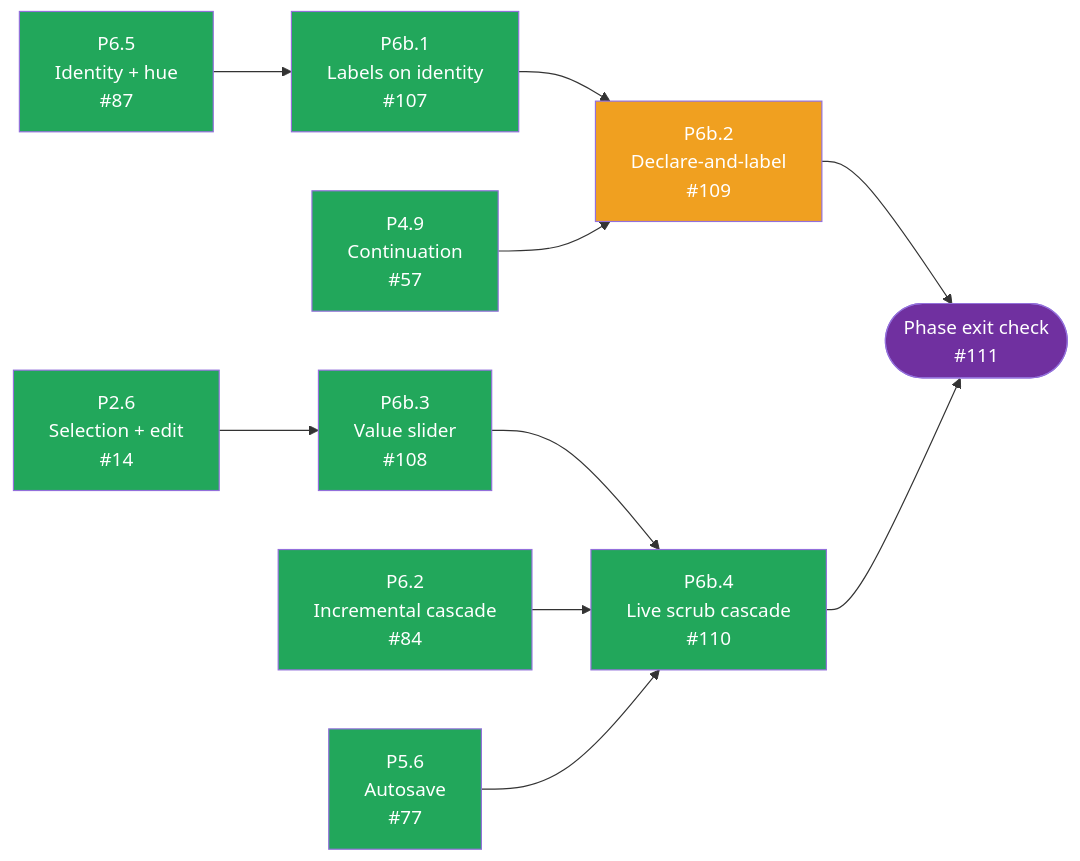
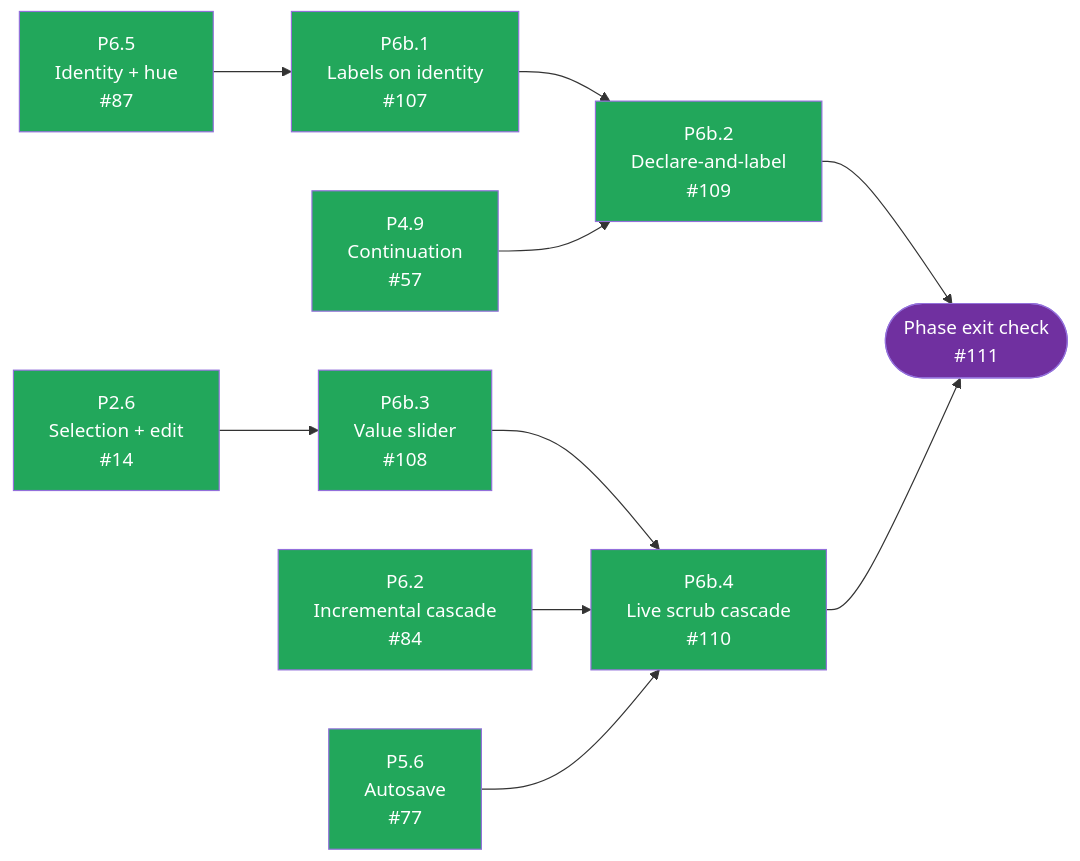
One commit to tousifosman/CalcMind changed the sixth of 6 diagrams in docs/DEVELOPMENT_PLAN.md. Above: the diagram before and after it, drawn with Mermaid. The commit also changed other lines of this file and 7 other files, not shown here.

````diff
--- a/docs/DEVELOPMENT_PLAN.md
+++ b/docs/DEVELOPMENT_PLAN.md
@@ -1176,35 +1176,35 @@
 ```mermaid
 flowchart LR
     P65["P6.5<br/>Identity + hue<br/>#87"]
     P49["P4.9<br/>Continuation<br/>#57"]
     P26["P2.6<br/>Selection + edit<br/>#14"]
     P62["P6.2<br/>Incremental cascade<br/>#84"]
     P56["P5.6<br/>Autosave<br/>#77"]
     P6b1["P6b.1<br/>Labels on identity<br/>#107"]
     P6b2["P6b.2<br/>Declare-and-label<br/>#109"]
     P6b3["P6b.3<br/>Value slider<br/>#108"]
     P6b4["P6b.4<br/>Live scrub cascade<br/>#110"]
     EXIT(["Phase exit check<br/>#111"])
 
     P65 --> P6b1
     P6b1 --> P6b2
     P49 --> P6b2
     P26 --> P6b3
     P6b3 --> P6b4
     P62 --> P6b4
     P56 --> P6b4
 
     P6b2 --> EXIT
     P6b4 --> EXIT
 
     style P65 fill:#22A75B,color:#fff
     style P49 fill:#22A75B,color:#fff
     style P26 fill:#22A75B,color:#fff
     style P62 fill:#22A75B,color:#fff
     style P56 fill:#22A75B,color:#fff
     style P6b1 fill:#22A75B,color:#fff
-    style P6b2 fill:#F0A020,color:#fff
+    style P6b2 fill:#22A75B,color:#fff
     style P6b3 fill:#22A75B,color:#fff
     style P6b4 fill:#22A75B,color:#fff
     style EXIT fill:#7030A0,color:#fff
 ```
````
